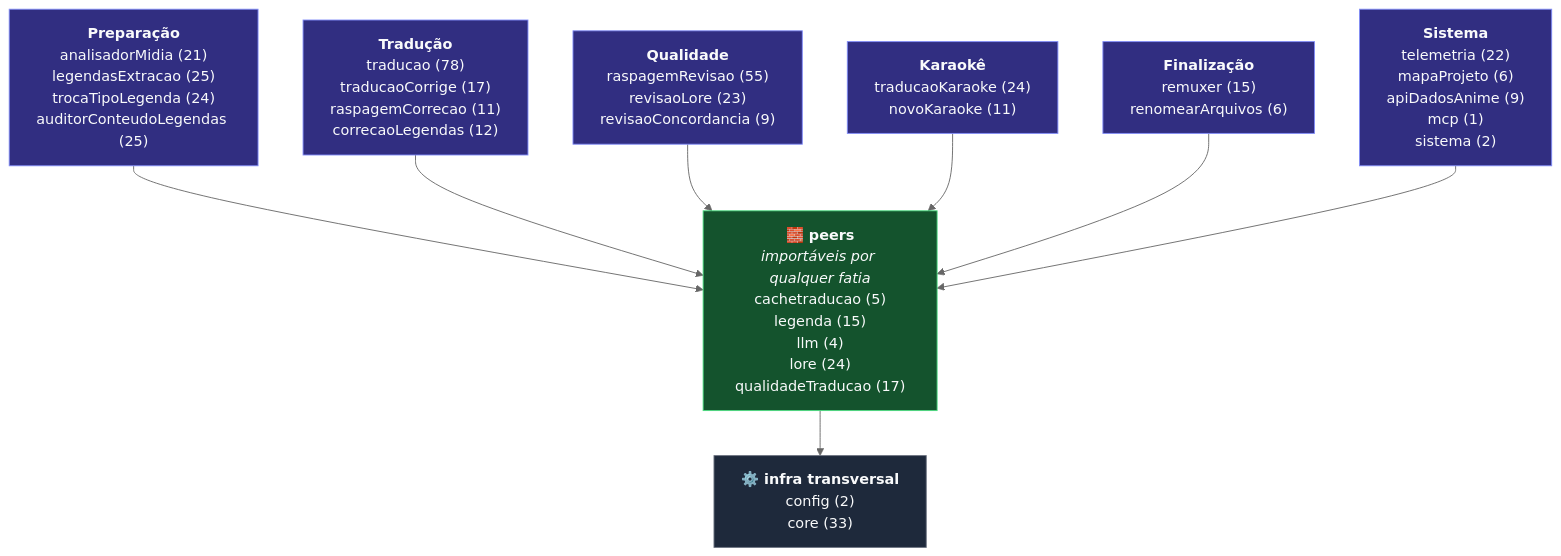
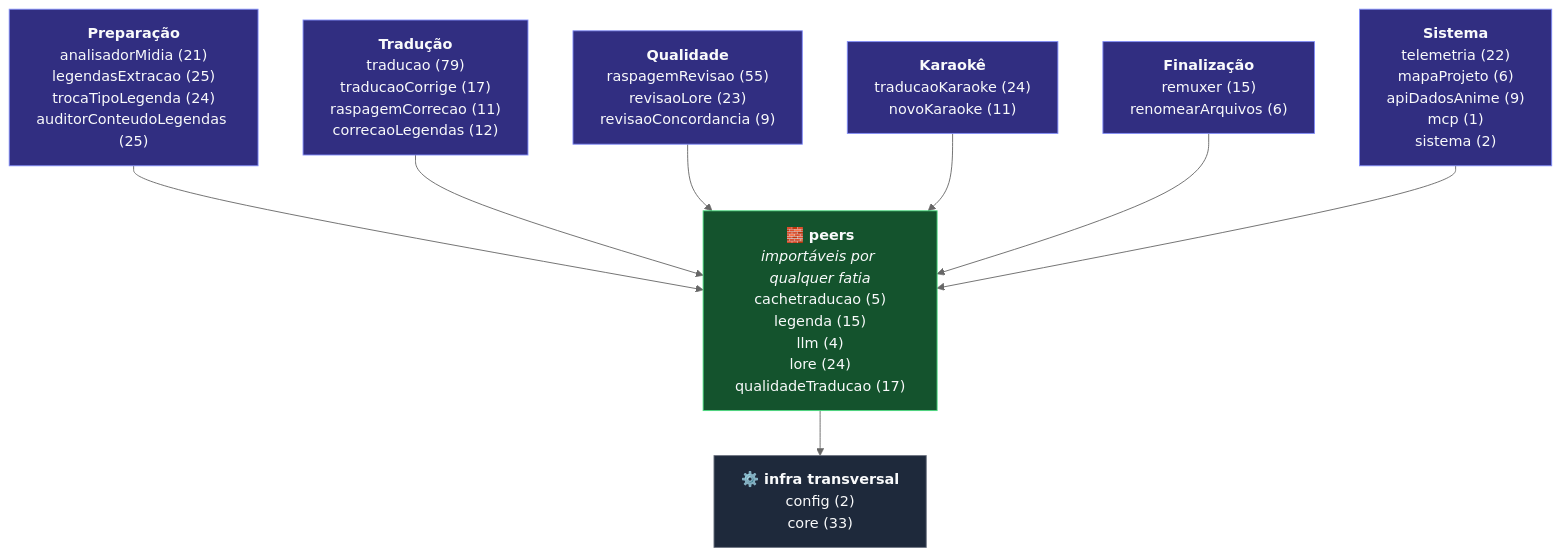
Before and after one commit to carmipa/traducao_animes_llm_local_quarkus-1: the diagram in docs/ref-esqueleto-projeto.md, drawn with Mermaid (neutral theme). The commit also changed other lines of this file and 4 other files, not shown here.

````diff
--- a/docs/ref-esqueleto-projeto.md
+++ b/docs/ref-esqueleto-projeto.md
@@ -36,21 +36,21 @@
 ```mermaid
 graph TB
     G0["<b>Preparação</b><br/>analisadorMidia (21)<br/>legendasExtracao (25)<br/>trocaTipoLegenda (24)<br/>auditorConteudoLegendas (25)"]:::fatia
-    G1["<b>Tradução</b><br/>traducao (78)<br/>traducaoCorrige (17)<br/>raspagemCorrecao (11)<br/>correcaoLegendas (12)"]:::fatia
+    G1["<b>Tradução</b><br/>traducao (79)<br/>traducaoCorrige (17)<br/>raspagemCorrecao (11)<br/>correcaoLegendas (12)"]:::fatia
     G2["<b>Qualidade</b><br/>raspagemRevisao (55)<br/>revisaoLore (23)<br/>revisaoConcordancia (9)"]:::fatia
     G3["<b>Karaokê</b><br/>traducaoKaraoke (24)<br/>novoKaraoke (11)"]:::fatia
     G4["<b>Finalização</b><br/>remuxer (15)<br/>renomearArquivos (6)"]:::fatia
     G5["<b>Sistema</b><br/>telemetria (22)<br/>mapaProjeto (6)<br/>apiDadosAnime (9)<br/>mcp (1)<br/>sistema (2)"]:::fatia
     PEERS["<b>🧱 peers</b><br/><i>importáveis por qualquer fatia</i><br/>cachetraducao (5)<br/>legenda (15)<br/>llm (4)<br/>lore (24)<br/>qualidadeTraducao (17)"]:::peer
     BASE["<b>⚙️ infra transversal</b><br/>config (2)<br/>core (33)"]:::base
     G0 --> PEERS
     G1 --> PEERS
     G2 --> PEERS
     G3 --> PEERS
     G4 --> PEERS
     G5 --> PEERS
     PEERS --> BASE
     classDef fatia fill:#312e81,stroke:#818CF8,color:#F9FAFB
     classDef peer fill:#14532d,stroke:#4ADE80,color:#F9FAFB
     classDef base fill:#1e293b,stroke:#6B7280,color:#F9FAFB
 ```
````
